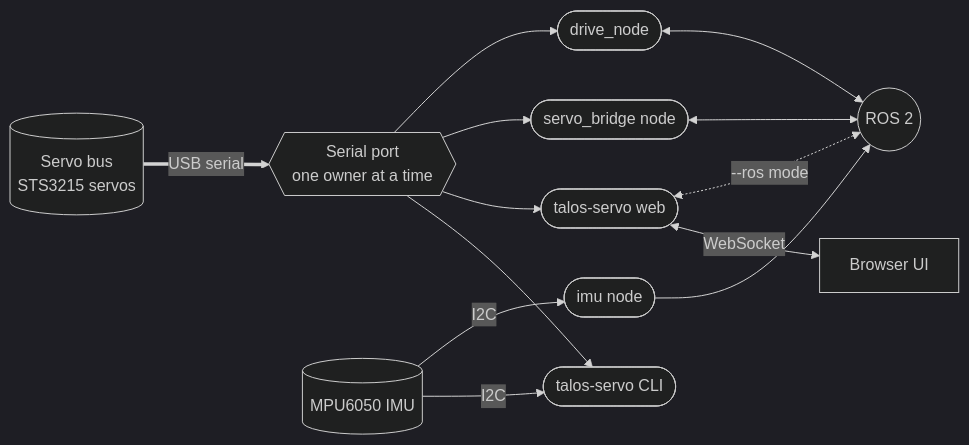
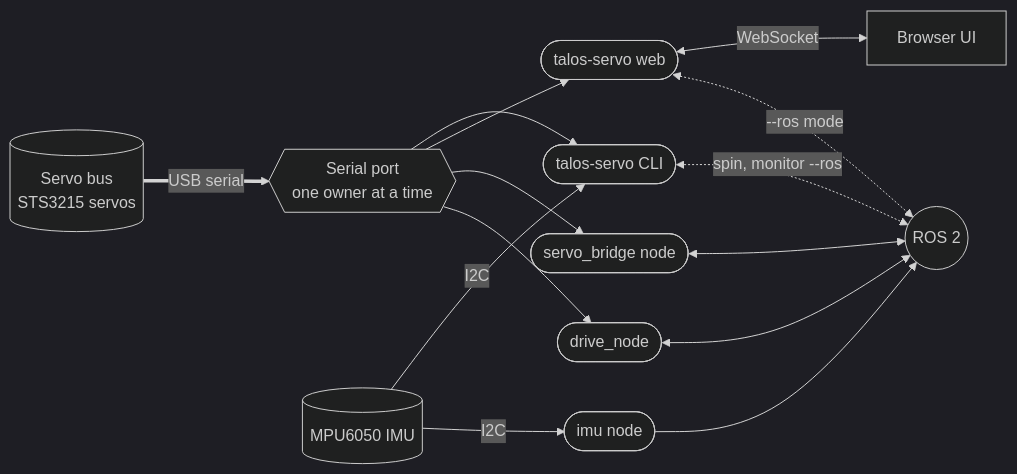
Before and after one commit to Annnnya/talos_hack: the first of 5 diagrams in README.md, drawn with Mermaid (dark theme). The commit also changed other lines of this file, not shown here.

Commit message:
docs: explain cli commands next to the web ui and add them to the diagram

````diff
--- a/README.md
+++ b/README.md
@@ -16,17 +16,18 @@
 ```mermaid
 flowchart LR
   accTitle: What runs where
-  accDescr: The servo bus connects over USB serial to exactly one program at a time. With --ros the web server goes through servo_bridge instead of the port
+  accDescr: The servo bus connects over USB serial to exactly one program at a time. With --ros the web server and the CLI spin and monitor commands go through servo_bridge instead of the port
   servos[("Servo bus<br/>STS3215 servos")] ==>|USB serial| port{{"Serial port<br/>one owner at a time"}}
   port --> cli(["talos-servo CLI"])
   port --> web(["talos-servo web"])
   port --> bridge(["servo_bridge node"])
   port --> drive(["drive_node"])
   imu[("MPU6050 IMU")] -->|I2C| cli
   imu -->|I2C| imunode(["imu node"])
   imunode --> ros
   web <-->|WebSocket| browser["Browser UI"]
   bridge <--> ros(("ROS 2"))
   drive <--> ros
   web <-.->|"--ros mode"| ros
+  cli <-.->|"spin, monitor --ros"| ros
 ```
````
